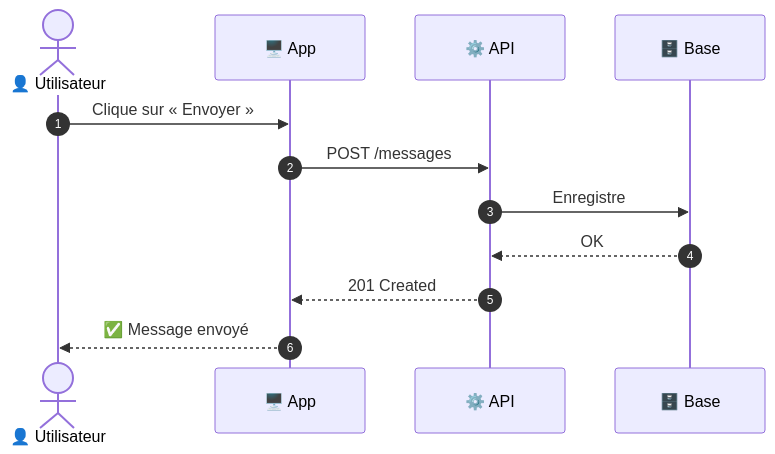
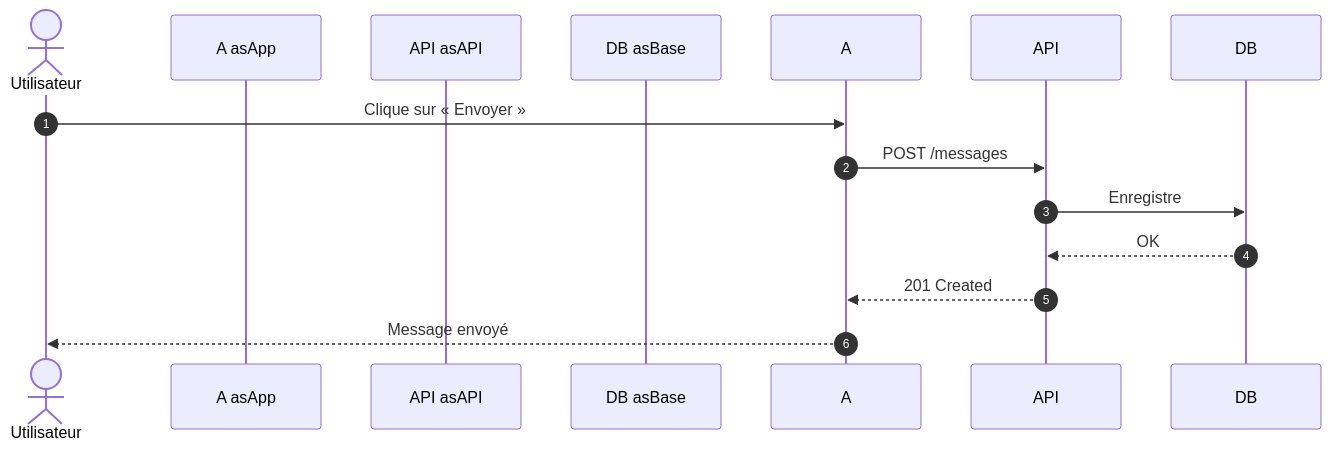
Before and after one commit to GoobyWoobies/HEIA-IT: the second of 4 diagrams in template.md, drawn with Mermaid. The commit also changed other lines of this file and 24 other files, not shown here.

````diff
--- a/template.md
+++ b/template.md
@@ -149,15 +149,15 @@
 ```mermaid
 sequenceDiagram
     autonumber
-    actor U as 👤 Utilisateur
-    participant A as 🖥️ App
-    participant API as ⚙️ API
-    participant DB as 🗄️ Base
+    actor U as Utilisateur
+    participant A asApp
+    participant API asAPI
+    participant DB asBase
 
     U->>A: Clique sur « Envoyer »
     A->>API: POST /messages
     API->>DB: Enregistre
     DB-->>API: OK
     API-->>A: 201 Created
-    A-->>U: ✅ Message envoyé
+    A-->>U: Message envoyé
 ```
````
